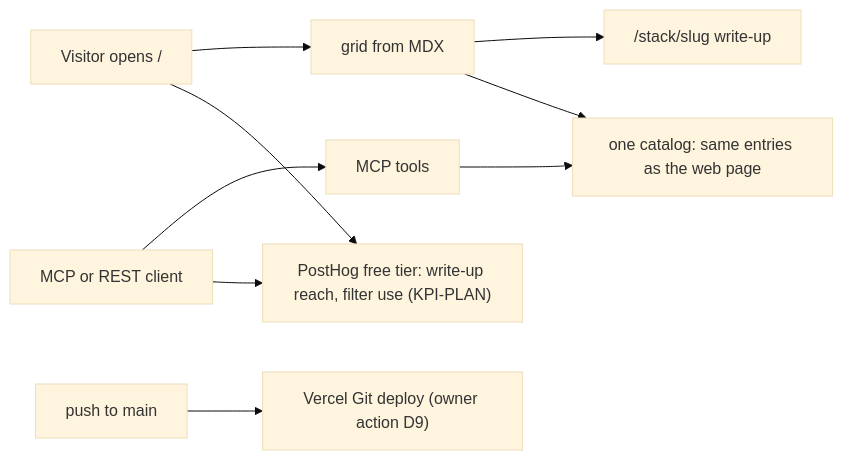
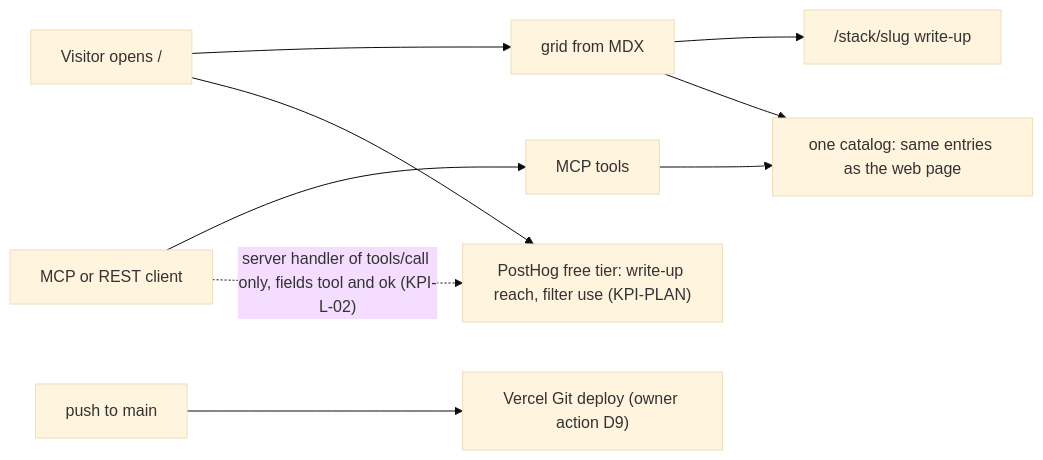
Before and after one commit to bookchaowalit-website/portfolio-techspace-web: the second of 2 diagrams in docs/diagrams/01-business-process.md, drawn with Mermaid (base theme). The commit also changed other lines of this file, not shown here.

````diff
--- a/docs/diagrams/01-business-process.md
+++ b/docs/diagrams/01-business-process.md
@@ -41,11 +43,11 @@
 ```mermaid
 flowchart LR
   V["Visitor opens /"] --> GRID["grid from MDX"]
   GRID --> DETAIL["/stack/slug write-up"]
   AGENT["MCP or REST client"] --> TOOLS["MCP tools"]
   TOOLS --> ONE["one catalog: same entries as the web page"]
   GRID --> ONE
   V --> PH["PostHog free tier: write-up reach, filter use (KPI-PLAN)"]
-  AGENT --> PH
+  AGENT -.->|"server handler of tools/call only, fields tool and ok (KPI-L-02)"| PH
   PUSH["push to main"] --> DEPLOY["Vercel Git deploy (owner action D9)"]
 ```
````
